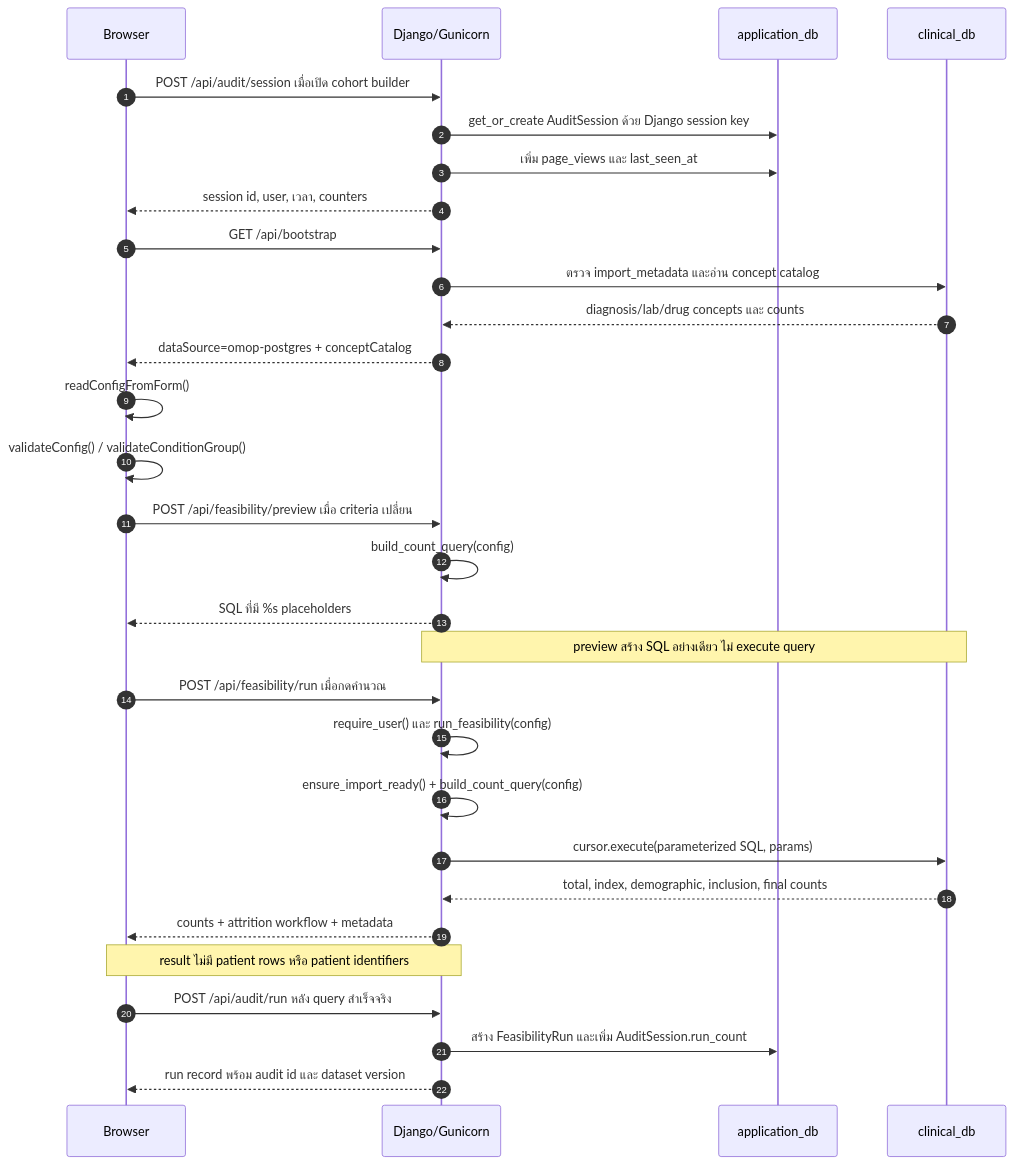
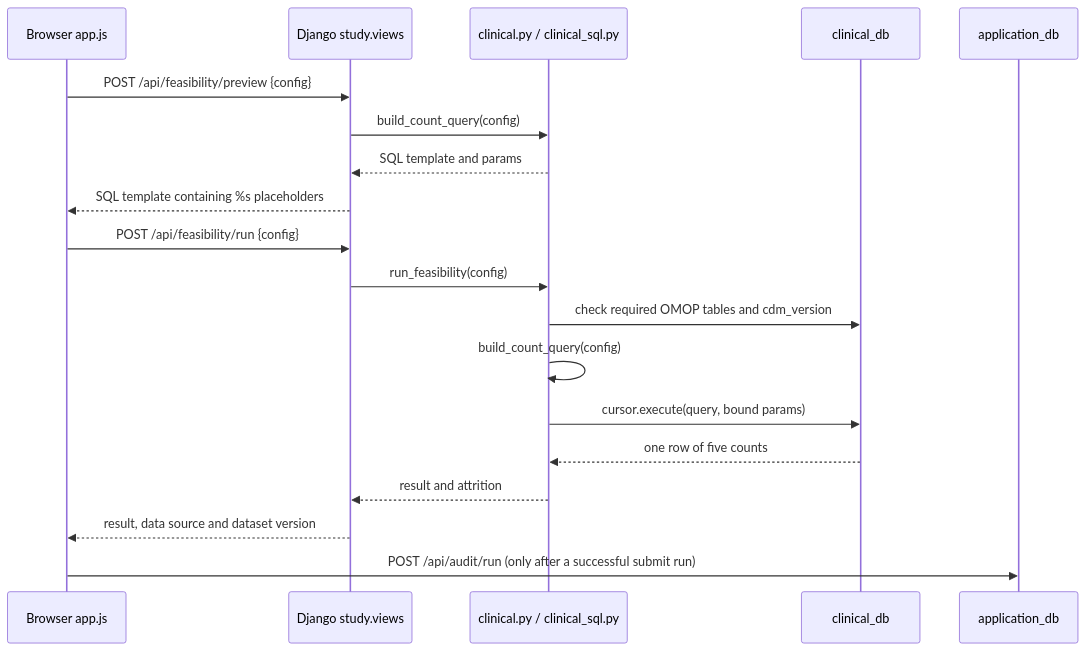
Before and after one commit to newntch/webapp-feasibility-study: the third of 5 diagrams in docs/design/project-overview.md, drawn with Mermaid. The commit also changed other lines of this file and 46 other files, not shown here.

Commit message:
Migrate application to PostgreSQL-only storage

````diff
--- a/docs/design/project-overview.md
+++ b/docs/design/project-overview.md
@@ -152,37 +156,23 @@
 ```mermaid
 sequenceDiagram
-  autonumber
-  participant B as Browser
-  participant D as Django/Gunicorn
+  participant B as Browser app.js
+  participant D as Django study.views
+  participant Q as clinical.py / clinical_sql.py
+  participant C as clinical_db
   participant A as application_db
-  participant C as clinical_db
 
-  B->>D: POST /api/audit/session เมื่อเปิด cohort builder
-  D->>A: get_or_create AuditSession ด้วย Django session key
-  D->>A: เพิ่ม page_views และ last_seen_at
-  D-->>B: session id, user, เวลา, counters
+  B->>D: POST /api/feasibility/preview {config}
+  D->>Q: build_count_query(config)
+  Q-->>D: SQL template and params
+  D-->>B: SQL template containing %s placeholders
 
-  B->>D: GET /api/bootstrap
-  D->>C: ตรวจ import_metadata และอ่าน concept catalog
-  C-->>D: diagnosis/lab/drug concepts และ counts
-  D-->>B: dataSource=omop-postgres + conceptCatalog
-
-  B->>B: readConfigFromForm()
-  B->>B: validateConfig() / validateConditionGroup()
-  B->>D: POST /api/feasibility/preview เมื่อ criteria เปลี่ยน
-  D->>D: build_count_query(config)
-  D-->>B: SQL ที่มี %s placeholders
-  Note over D,C: preview สร้าง SQL อย่างเดียว ไม่ execute query
-
-  B->>D: POST /api/feasibility/run เมื่อกดคำนวณ
-  D->>D: require_user() และ run_feasibility(config)
-  D->>D: ensure_import_ready() + build_count_query(config)
-  D->>C: cursor.execute(parameterized SQL, params)
-  C-->>D: total, index, demographic, inclusion, final counts
-  D-->>B: counts + attrition workflow + metadata
-  Note over D,B: result ไม่มี patient rows หรือ patient identifiers
-
-  B->>D: POST /api/audit/run หลัง query สำเร็จจริง
-  D->>A: สร้าง FeasibilityRun และเพิ่ม AuditSession.run_count
-  D-->>B: run record พร้อม audit id และ dataset version
+  B->>D: POST /api/feasibility/run {config}
+  D->>Q: run_feasibility(config)
+  Q->>C: check required OMOP tables and cdm_version
+  Q->>Q: build_count_query(config)
+  Q->>C: cursor.execute(query, bound params)
+  C-->>Q: one row of five counts
+  Q-->>D: result and attrition
+  D-->>B: result, data source and dataset version
+  B->>A: POST /api/audit/run (only after a successful submit run)
 ```
````
